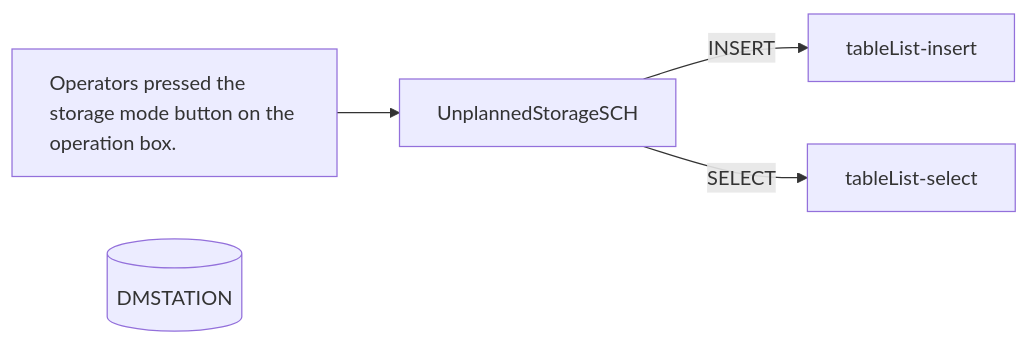
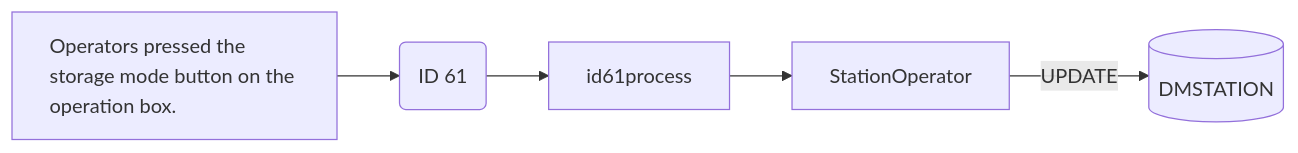
The first of 21 diagrams in Basic-Design/DFD-WMS/Storage/Unplanned-Storage/Unplanned-Storage-from-HP.md (luthfiadityaa/SimeDarby-Wiki), drawn with Mermaid before and after one commit. The commit also changed other lines of this file, not shown here.

Commit message:
Updated Unplanned Storage from HP

```diff
--- a/Basic-Design/DFD-WMS/Storage/Unplanned-Storage/Unplanned-Storage-from-HP.md
+++ b/Basic-Design/DFD-WMS/Storage/Unplanned-Storage/Unplanned-Storage-from-HP.md
@@ -51,19 +52,21 @@
 ::: mermaid
 flowchart LR
     input[
         Operators pressed the storage mode button on the operation box.      
     ]
 
+    id61msg("
+     ID 61
+    ")
     tableList-update[("
         DMSTATION
     ")]
 
 
-    className[UnplannedStorageSCH]
+    className[StationOperator]
 
-    input --> className --> |INSERT| tableList-insert
-    className --> |SELECT| tableList-select
+    input -->id61msg-->id61process--> className --> |UPDATE| tableList-update
 
     classDef leftAlign text-align:left;
     class input leftAlign;
 :::
```
